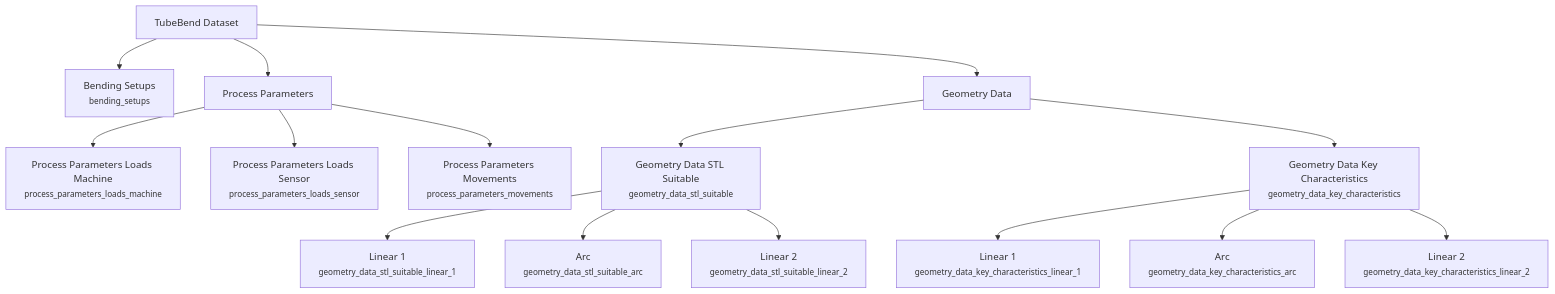
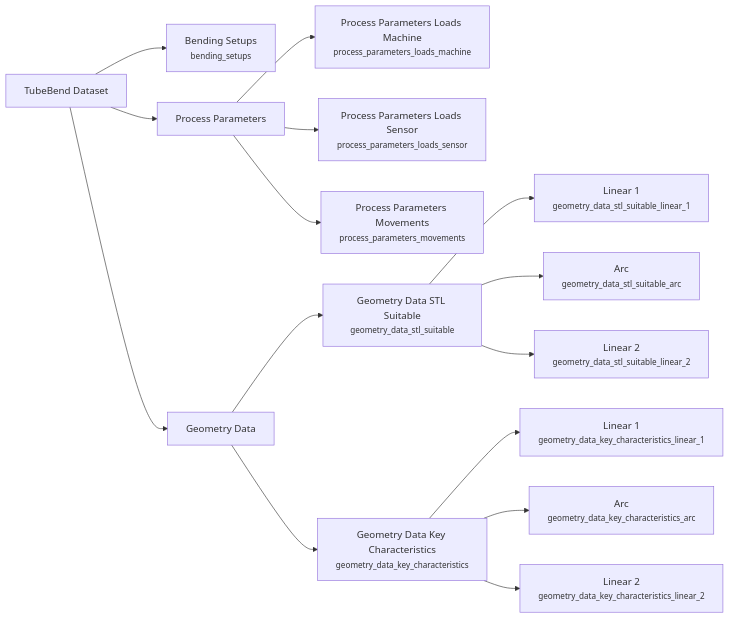
The first of 2 diagrams in README.md (zeyneddinoz/tubebend), drawn with Mermaid before and after one commit.

````diff
--- a/README.md
+++ b/README.md
@@ -58,21 +58,21 @@
 ```mermaid
-graph TD
+graph LR
     TB[TubeBend Dataset] --> BS[Bending Setups<br/><small>bending_setups</small>]
     TB --> PP[Process Parameters]
     TB --> GD[Geometry Data]
     
     PP --> PPLM[Process Parameters Loads Machine<br/><small>process_parameters_loads_machine</small>]
     PP --> PPLS[Process Parameters Loads Sensor<br/><small>process_parameters_loads_sensor</small>]
     PP --> PPM[Process Parameters Movements<br/><small>process_parameters_movements</small>]
     
     GD --> GDSL[Geometry Data STL Suitable<br/><small>geometry_data_stl_suitable</small>]
     GD --> GDKC[Geometry Data Key Characteristics<br/><small>geometry_data_key_characteristics</small>]
     
     GDSL --> GDSL1[Linear 1<br/><small>geometry_data_stl_suitable_linear_1</small>]
     GDSL --> GDSLA[Arc<br/><small>geometry_data_stl_suitable_arc</small>]
     GDSL --> GDSL2[Linear 2<br/><small>geometry_data_stl_suitable_linear_2</small>]
     
     GDKC --> GDKCL1[Linear 1<br/><small>geometry_data_key_characteristics_linear_1</small>]
     GDKC --> GDKCA[Arc<br/><small>geometry_data_key_characteristics_arc</small>]
     GDKC --> GDKCL2[Linear 2<br/><small>geometry_data_key_characteristics_linear_2</small>]
 ```
````
